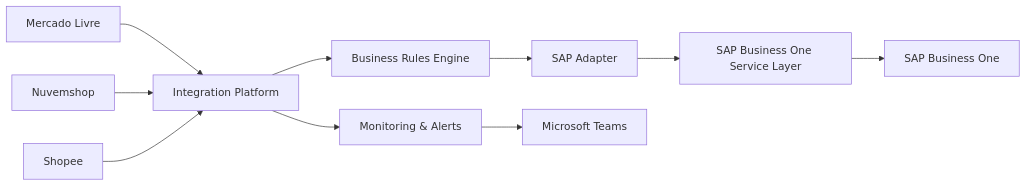
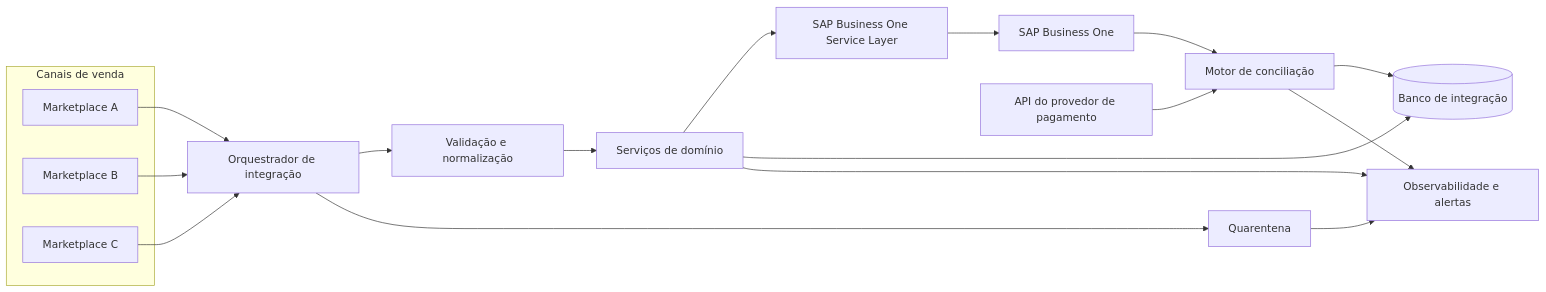
One commit to rmota13/sap-business-one-integration-platform changed the first of 2 diagrams in README.md. Above: the diagram before and after it, drawn with Mermaid. The commit also changed other lines of this file, not shown here.

Commit message:
docs: publish end-to-end SAP Commerce Integration Platform case

````diff
--- a/README.md
+++ b/README.md
@@ -23,18 +78,27 @@
 ```mermaid
 flowchart LR
-    ML[Mercado Livre]
-    NS[Nuvemshop]
-    SP[Shopee]
+    subgraph Channels[Canais de venda]
+        A[Marketplace A]
+        B[Marketplace B]
+        C[Marketplace C]
+    end
 
-    ML --> INTEGRATION[Integration Platform]
-    NS --> INTEGRATION
-    SP --> INTEGRATION
+    A --> O[Orquestrador de integração]
+    B --> O
+    C --> O
 
-    INTEGRATION --> RULES[Business Rules Engine]
-    RULES --> ADAPTER[SAP Adapter]
-    ADAPTER --> SL[SAP Business One Service Layer]
-    SL --> SAP[SAP Business One]
+    O --> V[Validação e normalização]
+    V --> D[Serviços de domínio]
+    D --> SL[SAP Business One Service Layer]
+    SL --> ERP[SAP Business One]
 
-    INTEGRATION --> MONITORING[Monitoring & Alerts]
-    MONITORING --> TEAMS[Microsoft Teams]
+    D --> DB[(Banco de integração)]
+    O --> Q[Quarentena]
+    D --> M[Observabilidade e alertas]
+    Q --> M
+
+    P[API do provedor de pagamento] --> R[Motor de conciliação]
+    ERP --> R
+    R --> DB
+    R --> M
 ```
````
